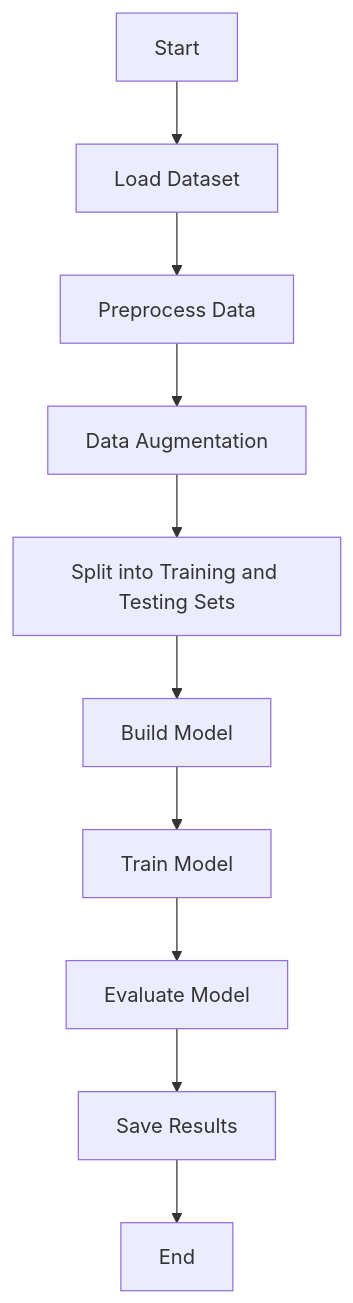
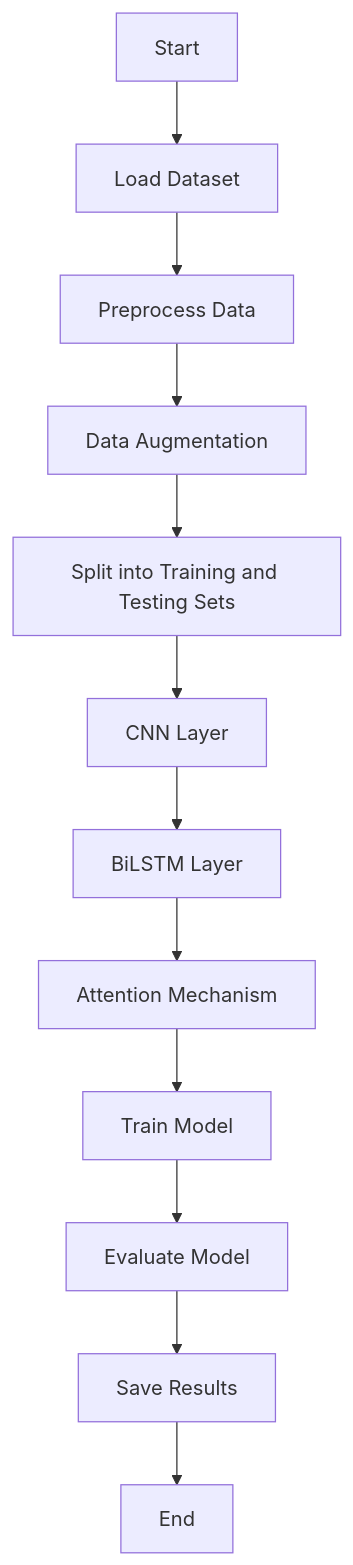
One commit to kameshsuryavanshi/ECG-Signal-Classification- changed the diagram in README.md. Above: the diagram before and after it, drawn with Mermaid. The commit also changed other lines of this file, not shown here.

````diff
--- a/README.md
+++ b/README.md
@@ -39,12 +38,14 @@
 ```mermaid
 graph TD
     A[Start] --> B[Load Dataset]
     B --> C[Preprocess Data]
     C --> D[Data Augmentation]
     D --> E[Split into Training and Testing Sets]
-    E --> F[Build Model]
-    F --> G[Train Model]
-    G --> H[Evaluate Model]
-    H --> I[Save Results]
-    I --> J[End]
+    E --> F[CNN Layer]
+    F --> G[BiLSTM Layer]
+    G --> H[Attention Mechanism]
+    H --> I[Train Model]
+    I --> J[Evaluate Model]
+    J --> K[Save Results]
+    K --> L[End]
 ```
````
